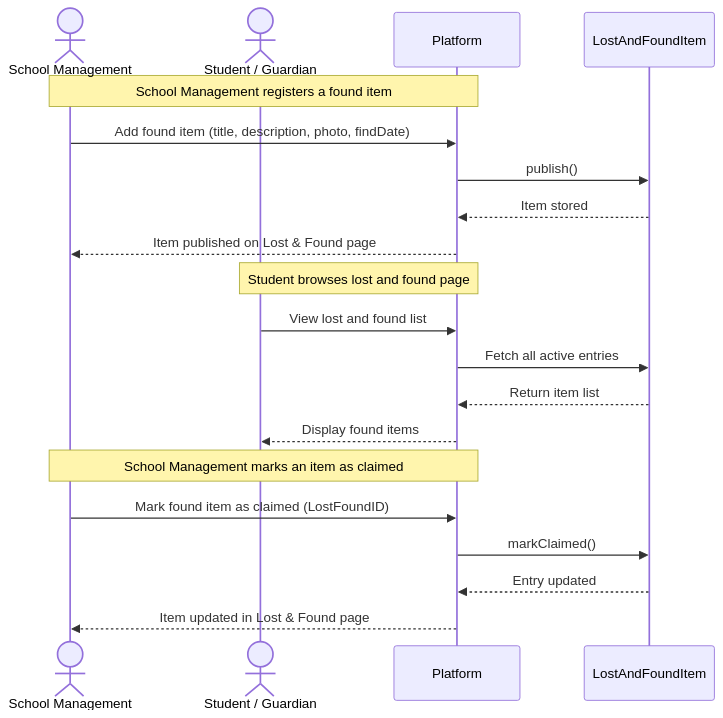
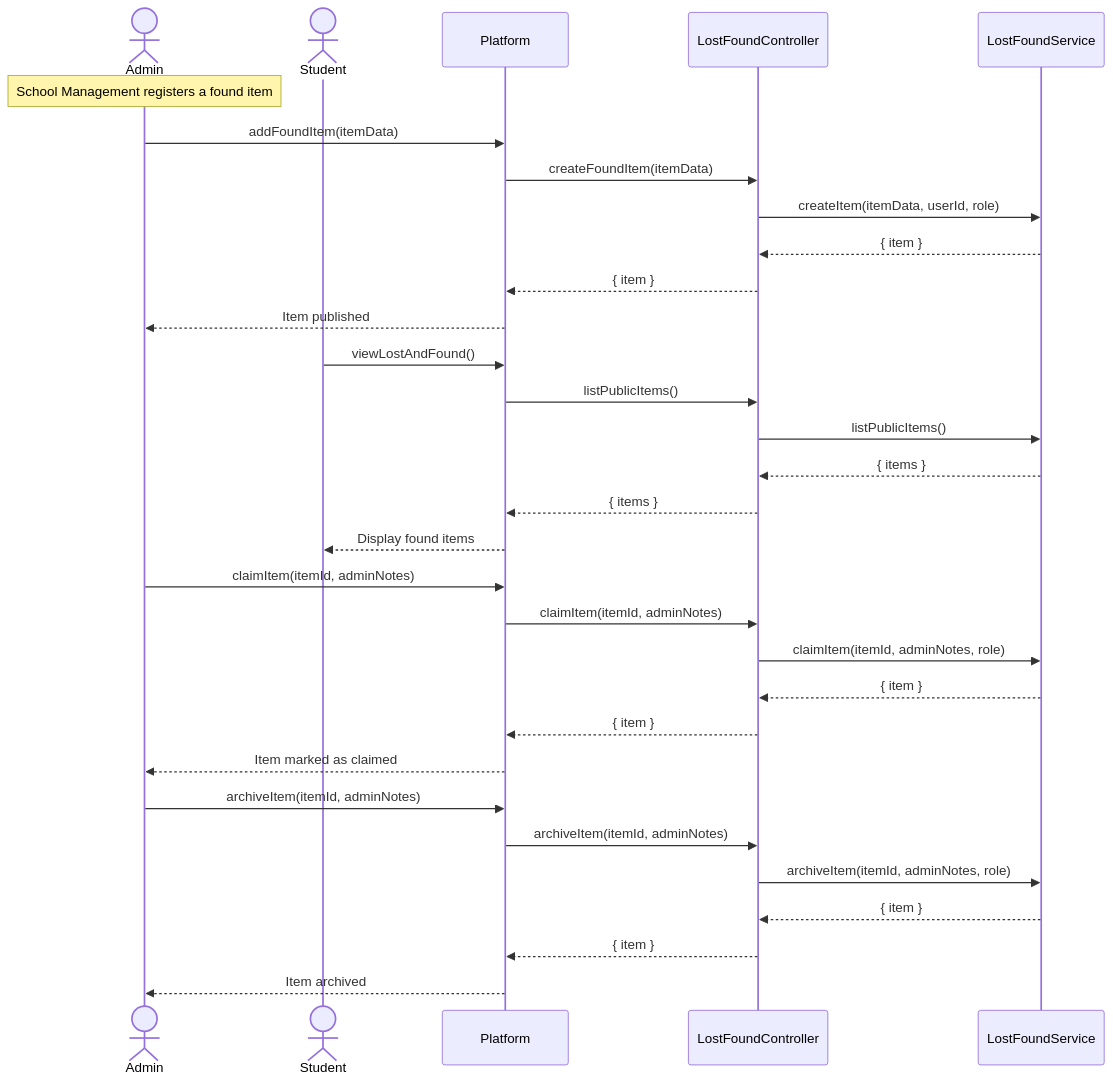
One commit to NovaLogic-Systems/gestArtes-docs changed diagram 11 of 20 in diagrams/Sequence Diagram/sequencediagram.md. Above: the diagram before and after it, drawn with Mermaid. The commit also changed other lines of this file, not shown here.

Commit message:
Refactor sequence diagrams for user authentication, coaching session requests, and admin management

````diff
--- a/diagrams/Sequence Diagram/sequencediagram.md
+++ b/diagrams/Sequence Diagram/sequencediagram.md
@@ -357,25 +356,37 @@
 ```mermaid
 sequenceDiagram
-    actor SM as School Management
-    actor Student as Student / Guardian
-    participant Platform
-    participant LostAndFoundItem
+    actor Admin
+    actor Student
+    participant Platform as Platform
+    participant LostFoundController as LostFoundController
+    participant LostFoundService as LostFoundService
 
-    Note over SM, Platform: School Management registers a found item
-    SM->>Platform: Add found item (title, description, photo, findDate)
-    Platform->>LostAndFoundItem: publish()
-    LostAndFoundItem-->>Platform: Item stored
-    Platform-->>SM: Item published on Lost & Found page
+    Note over Admin: School Management registers a found item
+    Admin->>Platform: addFoundItem(itemData)
+    Platform->>LostFoundController: createFoundItem(itemData)
+    LostFoundController->>LostFoundService: createItem(itemData, userId, role)
+    LostFoundService-->>LostFoundController: { item }
+    LostFoundController-->>Platform: { item }
+    Platform-->>Admin: Item published
 
-    Note over Student, Platform: Student browses lost and found page
-    Student->>Platform: View lost and found list
-    Platform->>LostAndFoundItem: Fetch all active entries
-    LostAndFoundItem-->>Platform: Return item list
+    Student->>Platform: viewLostAndFound()
+    Platform->>LostFoundController: listPublicItems()
+    LostFoundController->>LostFoundService: listPublicItems()
+    LostFoundService-->>LostFoundController: { items }
+    LostFoundController-->>Platform: { items }
     Platform-->>Student: Display found items
 
-    Note over SM, Platform: School Management marks an item as claimed
-    SM->>Platform: Mark found item as claimed (LostFoundID)
-    Platform->>LostAndFoundItem: markClaimed()
-    LostAndFoundItem-->>Platform: Entry updated
-    Platform-->>SM: Item updated in Lost & Found page
+    Admin->>Platform: claimItem(itemId, adminNotes)
+    Platform->>LostFoundController: claimItem(itemId, adminNotes)
+    LostFoundController->>LostFoundService: claimItem(itemId, adminNotes, role)
+    LostFoundService-->>LostFoundController: { item }
+    LostFoundController-->>Platform: { item }
+    Platform-->>Admin: Item marked as claimed
+
+    Admin->>Platform: archiveItem(itemId, adminNotes)
+    Platform->>LostFoundController: archiveItem(itemId, adminNotes)
+    LostFoundController->>LostFoundService: archiveItem(itemId, adminNotes, role)
+    LostFoundService-->>LostFoundController: { item }
+    LostFoundController-->>Platform: { item }
+    Platform-->>Admin: Item archived
 ```
````
